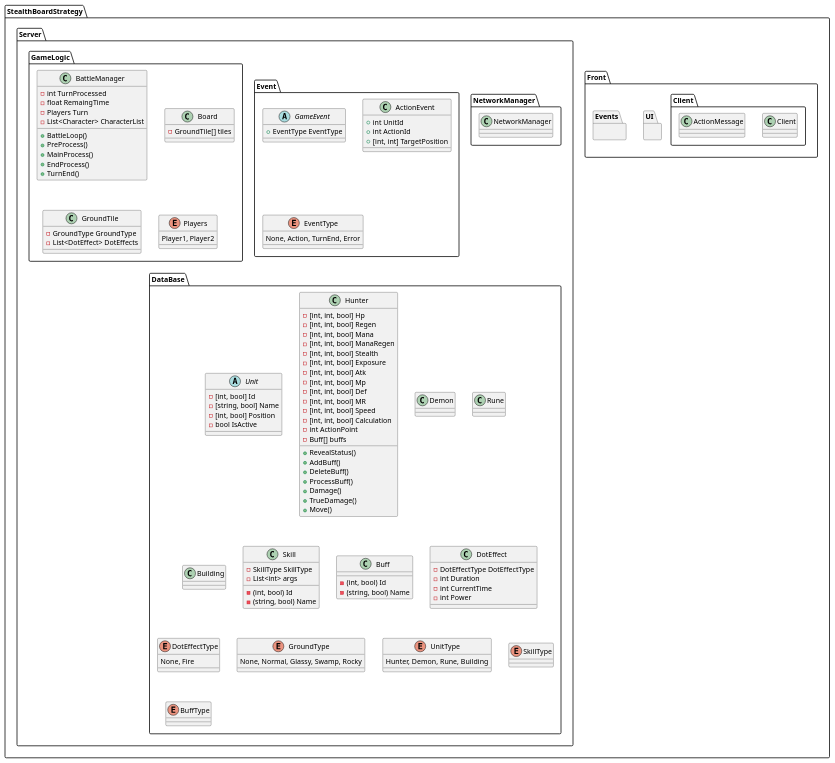
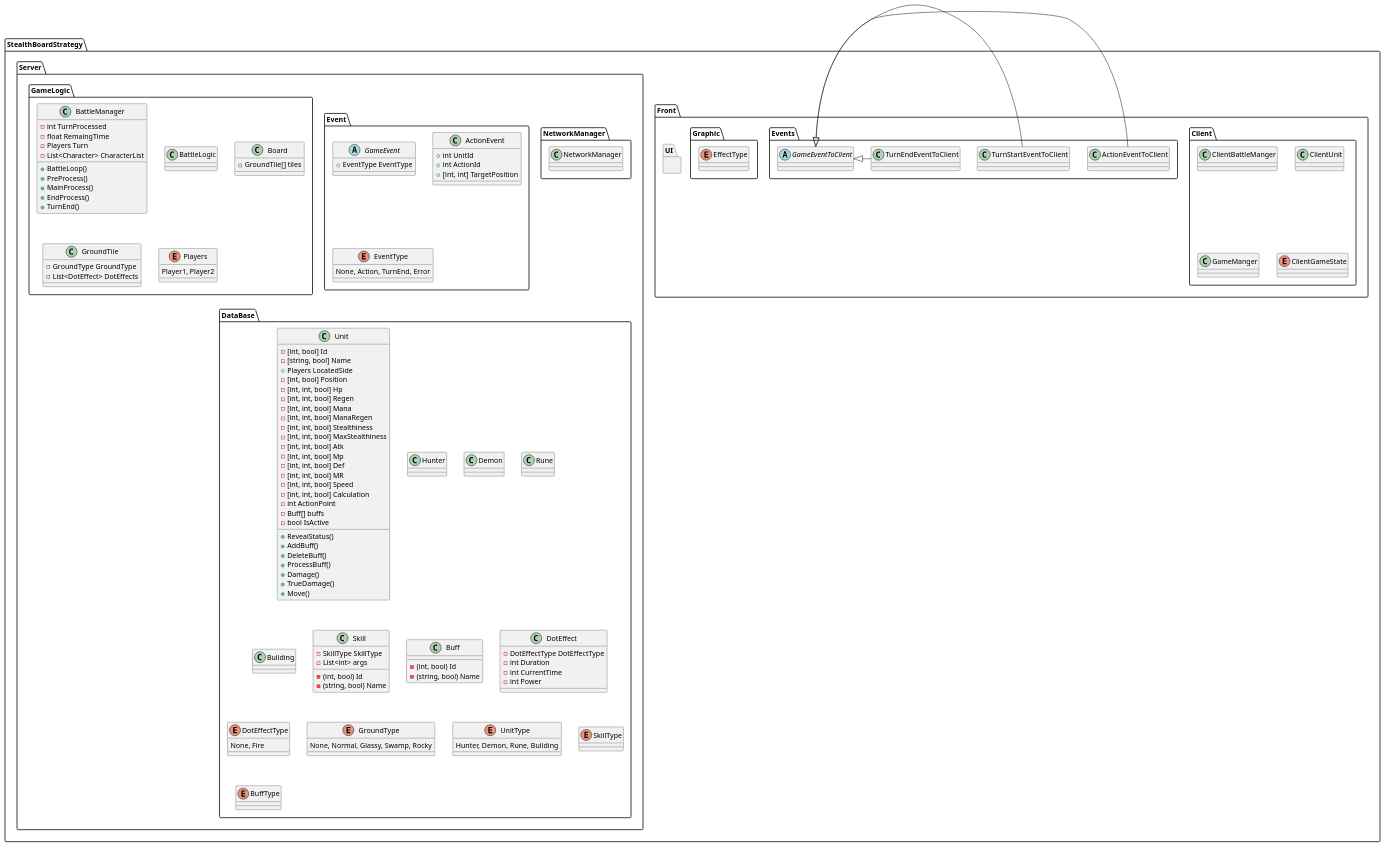
Before and after one commit to TNK2718/StealthBoardStrategy: the diagram in classdiagram.pu, drawn with PlantUML. The commit also changed 13 other files, not shown here.

Commit message:
process actions sent by client and send back event for client

```diff
--- a/classdiagram.pu
+++ b/classdiagram.pu
@@ -1,151 +1,181 @@
 @startuml
 
 namespace StealthBoardStrategy{
-    package Front{
-        package Client{
-            class Client{
+    namespace Front{
+        namespace Client{
+            class ClientBattleManger{
 
             }
+            class ClientUnit{
 
-            class ActionMessage{
+            }
+            class GameManger{
+
+            }
+            enum ClientGameState{
 
             }
         }
-        package UI{
+        namespace UI{
 
         }
-        package Events{
+        namespace Events{
+            class ActionEventToClient{
 
+            }
+            abstract GameEventToClient{
+
+            }
+            class TurnEndEventToClient{
+
+            }
+            class TurnStartEventToClient{
+
+            }
+            GameEventToClient <|- ActionEventToClient
+            GameEventToClient <|- TurnStartEventToClient
+            GameEventToClient <|- TurnEndEventToClient
+        }
+        namespace Graphic{
+            enum EffectType{
+
+            }
         }
     }
-    package Server{
-        package NetworkManager{
+    namespace Server{
+        namespace NetworkManager{
             class NetworkManager{
-                
+
             }
         }
-        package Event{
+        namespace Event{
             abstract GameEvent{
                 +EventType EventType
             }
             class ActionEvent{
                 +int UnitId
                 +int ActionId
                 +[int, int] TargetPosition
             }
             enum EventType{
                 None, Action, TurnEnd, Error
             }
         }
-        package GameLogic{
+        namespace GameLogic{
             class BattleManager{
                 -int TurnProcessed
                 -float RemaingTime
                 -Players Turn
                 -List<Character> CharacterList
 
                 +BattleLoop()
                 +PreProcess()
                 +MainProcess()
                 +EndProcess()
                 +TurnEnd()
+            }
+
+            class BattleLogic{
+                
             }
 
             class Board{
                 -GroundTile[] tiles
             }
 
             class GroundTile{
                 -GroundType GroundType
                 -List<DotEffect> DotEffects
             }
 
             enum Players{
                 Player1, Player2
             }
         }
-        package DataBase{
-            abstract Unit{
+        namespace DataBase{
+            class Unit{
                 -[int, bool] Id
                 -[string, bool] Name
+                + Players LocatedSide
                 -[int, bool] Position
-                -bool IsActive
-            }
-            class Hunter{
                 -[int, int, bool] Hp
-                -[int, int, bool] Regen                
+                -[int, int, bool] Regen
                 -[int, int, bool] Mana
                 -[int, int, bool] ManaRegen
-                -[int, int, bool] Stealth
-                -[int, int, bool] Exposure
+                -[int, int, bool] Stealthiness
+                -[int, int, bool] MaxStealthiness
                 -[int, int, bool] Atk
                 -[int, int, bool] Mp
                 -[int, int, bool] Def
                 -[int, int, bool] MR
                 -[int, int, bool] Speed
                 -[int, int, bool] Calculation
                 -int ActionPoint
                 -Buff[] buffs
                 +RevealStatus()
                 +AddBuff()
                 +DeleteBuff()
                 +ProcessBuff()
                 +Damage()
                 +TrueDamage()
                 +Move()
+                -bool IsActive
+            }
+            class Hunter{
+
             }
 
             class Demon{
 
             }
 
             class Rune{
 
             }
 
             class Building{
 
             }
             class Skill{
                 -(int, bool) Id
                 -(string, bool) Name
                 -SkillType SkillType
                 -List<int> args
-                
+
             }
 
             class Buff{
                 -(int, bool) Id
-                -(string, bool) Name           
+                -(string, bool) Name
             }
 
             class DotEffect{
                 -DotEffectType DotEffectType
                 -int Duration
                 -int CurrentTime
                 -int Power
             }
 
             enum DotEffectType{
                 None, Fire
             }
 
             enum GroundType{
                 None, Normal, Glassy, Swamp, Rocky
             }
 
             enum UnitType{
                 Hunter, Demon, Rune, Building
             }
 
             enum SkillType{
 
             }
             enum BuffType{
 
             }
         }
     }
 }
 
 @enduml
```
